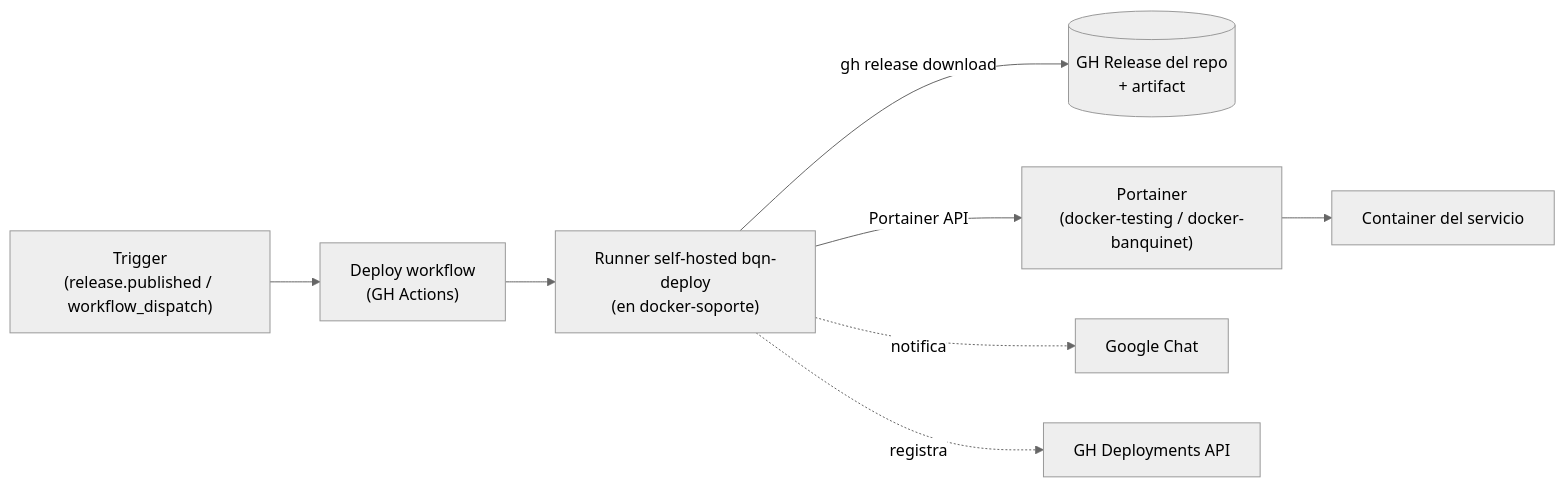
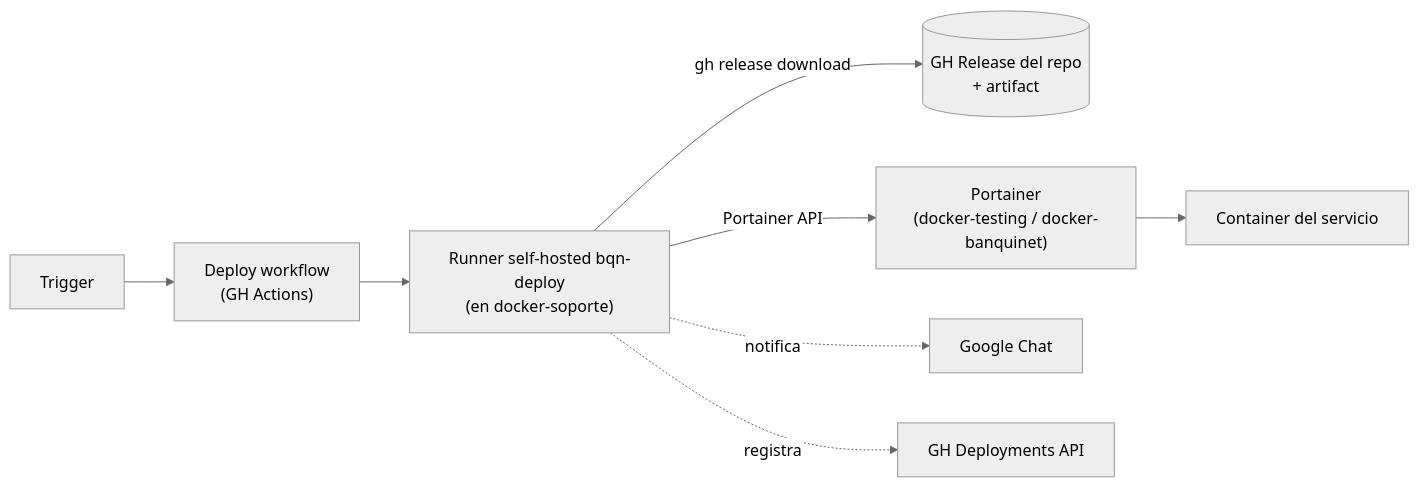
One commit to BQN-UY/CI-CD changed the fifth of 6 diagrams in docs/v2-hito2-deploy-spec.md. Above: the diagram before and after it, drawn with Mermaid (neutral theme). The commit also changed other lines of this file, not shown here.

First line of the commit message:
docs(spec): clarificar trigger por ambiente + softer claim sobre Opción C en §8

````diff
--- a/docs/v2-hito2-deploy-spec.md
+++ b/docs/v2-hito2-deploy-spec.md
@@ -374,10 +374,10 @@
 ```mermaid
 flowchart LR
-    Trigger["Trigger<br/>(release.published / workflow_dispatch)"] --> Workflow["Deploy workflow<br/>(GH Actions)"]
+    Trigger["Trigger"] --> Workflow["Deploy workflow<br/>(GH Actions)"]
     Workflow --> Runner["Runner self-hosted bqn-deploy<br/>(en docker-soporte)"]
     Runner -->|gh release download| Release[("GH Release del repo<br/>+ artifact")]
     Runner -->|Portainer API| Portainer["Portainer<br/>(docker-testing / docker-banquinet)"]
     Portainer --> Container["Container del servicio"]
     Runner -.->|notifica| Chat["Google Chat"]
     Runner -.->|registra| Deployments["GH Deployments API"]
 ```
````
